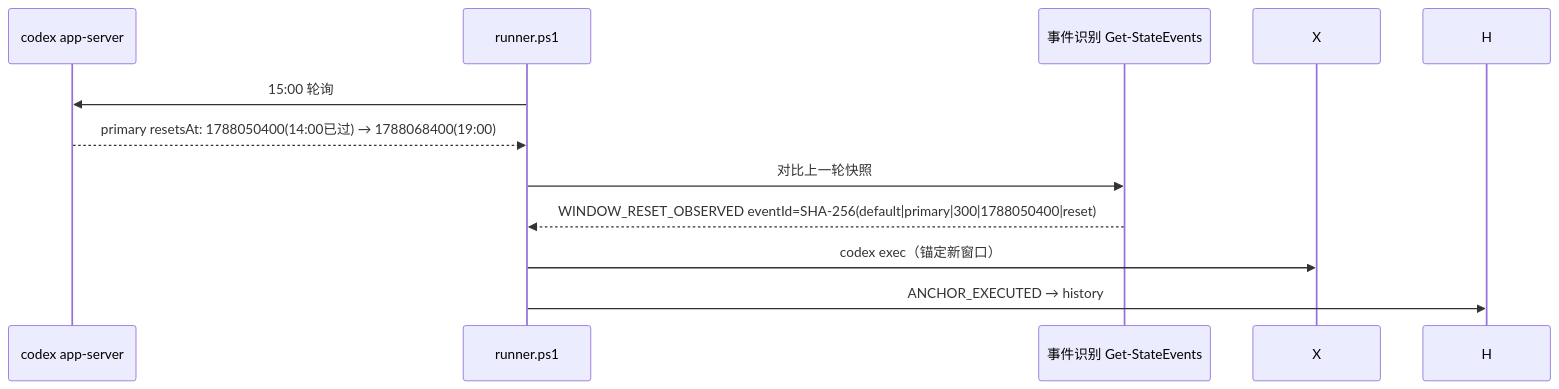
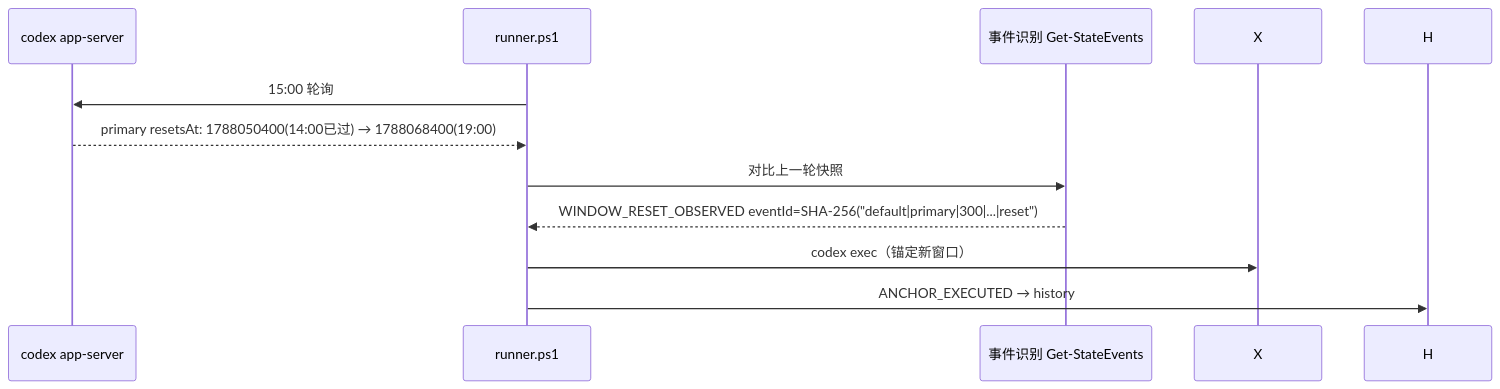
One commit to Super-YYQ/codex-Monitor changed the fourth of 8 diagrams in docs/scenarios.md. Above: the diagram before and after it, drawn with Mermaid. The commit also changed other lines of this file, not shown here.

First line of the commit message:
docs: 修复 scenarios.md 中 4 处 Mermaid 渲染错误

````diff
--- a/docs/scenarios.md
+++ b/docs/scenarios.md
@@ -115,12 +115,12 @@
 ```mermaid
 sequenceDiagram
     participant C as codex app-server
     participant R as runner.ps1
     participant E as 事件识别 Get-StateEvents
     R->>C: 15:00 轮询
     C-->>R: primary resetsAt: 1788050400(14:00已过) → 1788068400(19:00)
     R->>E: 对比上一轮快照
-    E-->>R: WINDOW_RESET_OBSERVED eventId=SHA-256(default|primary|300|1788050400|reset)
+    E-->>R: WINDOW_RESET_OBSERVED eventId=SHA-256("default|primary|300|...|reset")
     R->>X: codex exec（锚定新窗口）
     R->>H: ANCHOR_EXECUTED → history
 ```
````
